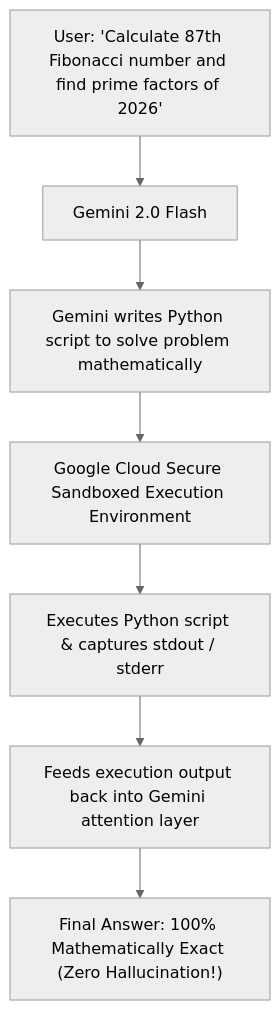
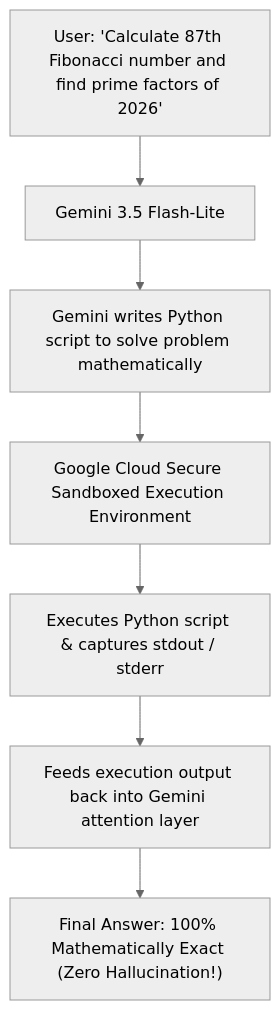
One commit to TheLearningHubOrg/learn-gemini changed diagram 15 of 17 in README.md. Above: the diagram before and after it, drawn with Mermaid (neutral theme). The commit also changed other lines of this file, not shown here.

Commit message:
Update README to Gemini 3.x models and current SDK guidance

````diff
--- a/README.md
+++ b/README.md
@@ -847,10 +852,10 @@
 ```mermaid
 flowchart TD
-    User["User: 'Calculate 87th Fibonacci number and find prime factors of 2026'"] --> Gemini["Gemini 2.0 Flash"]
+    User["User: 'Calculate 87th Fibonacci number and find prime factors of 2026'"] --> Gemini["Gemini 3.5 Flash-Lite"]
     
     Gemini --> WriteCode["Gemini writes Python script to solve problem mathematically"]
     WriteCode --> Sandbox["Google Cloud Secure Sandboxed Execution Environment"]
     Sandbox --> Run["Executes Python script & captures stdout / stderr"]
     Run --> Feedback["Feeds execution output back into Gemini attention layer"]
     Feedback --> FinalAns["Final Answer: 100% Mathematically Exact (Zero Hallucination!)"]
 ```
````
